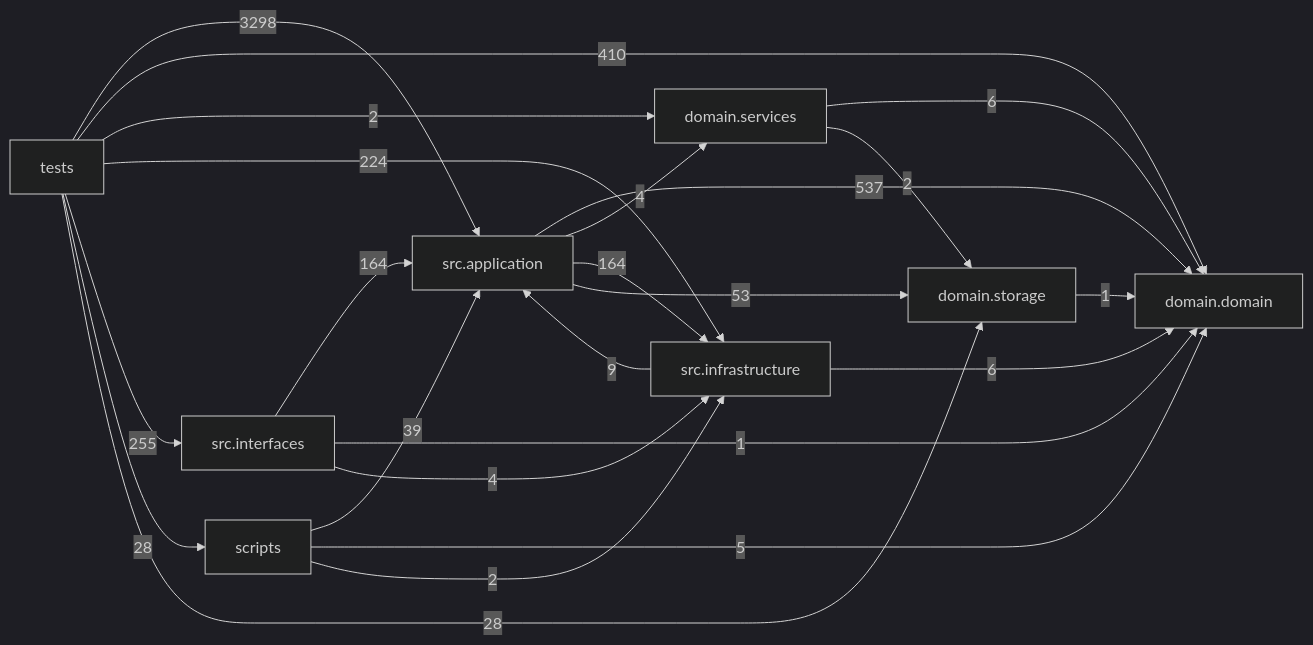
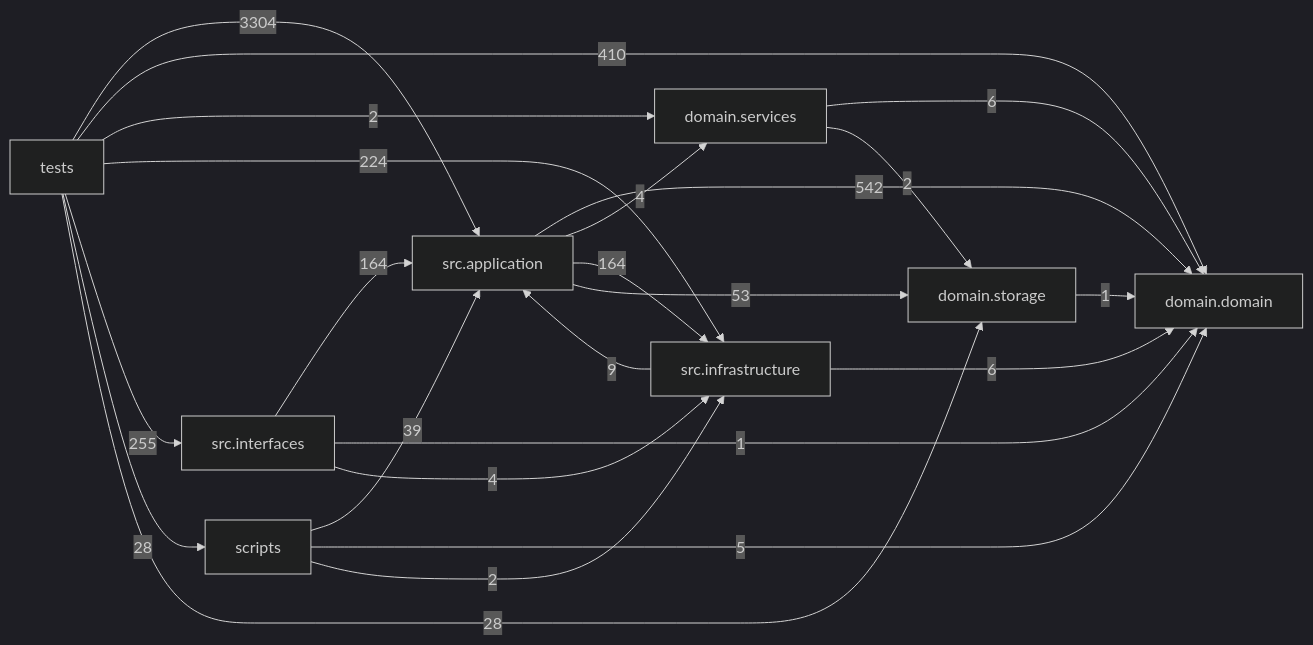
One commit to liuxie066/options-monitor changed the diagram in docs/DEPENDENCY_GRAPH.md. Above: the diagram before and after it, drawn with Mermaid (dark theme). The commit also changed other lines of this file and 37 other files, not shown here.

````diff
--- a/docs/DEPENDENCY_GRAPH.md
+++ b/docs/DEPENDENCY_GRAPH.md
@@ -24,33 +24,33 @@
 ```mermaid
 flowchart LR
   tests["tests"]
   scripts["scripts"]
   interfaces["src.interfaces"]
   application["src.application"]
   infrastructure["src.infrastructure"]
   domain_services["domain.services"]
   domain["domain.domain"]
   storage["domain.storage"]
-  application -->|537| domain
+  application -->|542| domain
   application -->|4| domain_services
   application -->|164| infrastructure
   application -->|53| storage
   domain_services -->|6| domain
   domain_services -->|2| storage
   infrastructure -->|9| application
   infrastructure -->|6| domain
   interfaces -->|164| application
   interfaces -->|1| domain
   interfaces -->|4| infrastructure
   scripts -->|39| application
   scripts -->|5| domain
   scripts -->|2| infrastructure
   storage -->|1| domain
-  tests -->|3298| application
+  tests -->|3304| application
   tests -->|410| domain
   tests -->|2| domain_services
   tests -->|224| infrastructure
   tests -->|255| interfaces
   tests -->|28| scripts
   tests -->|28| storage
 ```
````
